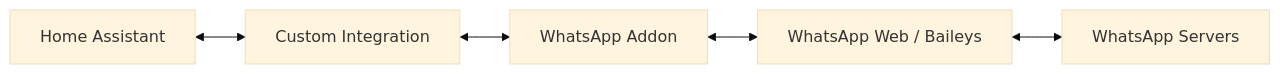
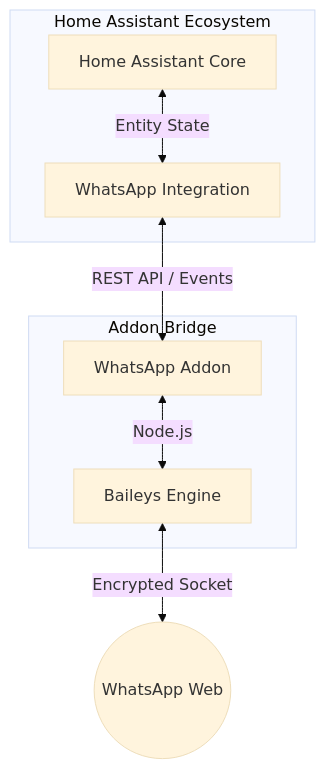
The diagram in docs/index.md (FaserF/ha-whatsapp), drawn with Mermaid (base theme) before and after one commit. The commit also changed other lines of this file and 7 other files, not shown here.

````diff
--- a/docs/index.md
+++ b/docs/index.md
@@ -21,7 +21,17 @@
 ```mermaid
-graph LR
-    HA[Home Assistant] <--> INT[Custom Integration]
-    INT <--> AD[WhatsApp Addon]
-    AD <--> WA[WhatsApp Web / Baileys]
-    WA <--> CL[WhatsApp Servers]
+graph TD
+    subgraph "Home Assistant Ecosystem"
+        HA[Home Assistant Core]
+        INT[WhatsApp Integration]
+    end
+
+    subgraph "Addon Bridge"
+        AD[WhatsApp Addon]
+        BL[Baileys Engine]
+    end
+
+    HA <-->|Entity State| INT
+    INT <-->|REST API / Events| AD
+    AD <-->|Node.js| BL
+    BL <-->|Encrypted Socket| WA((WhatsApp Web))
 ```
````
